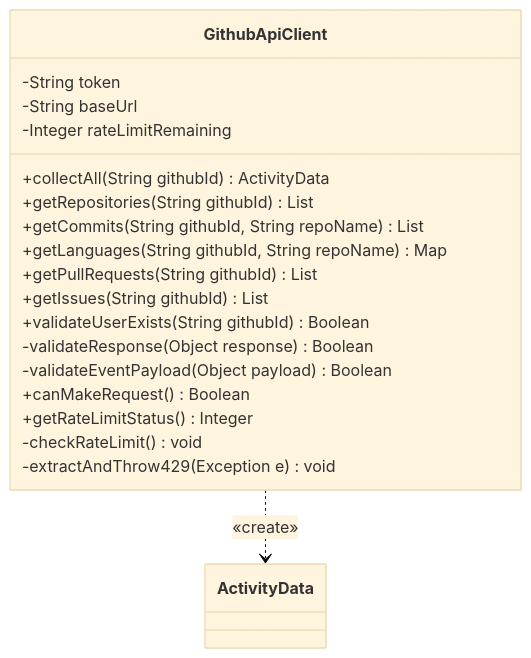
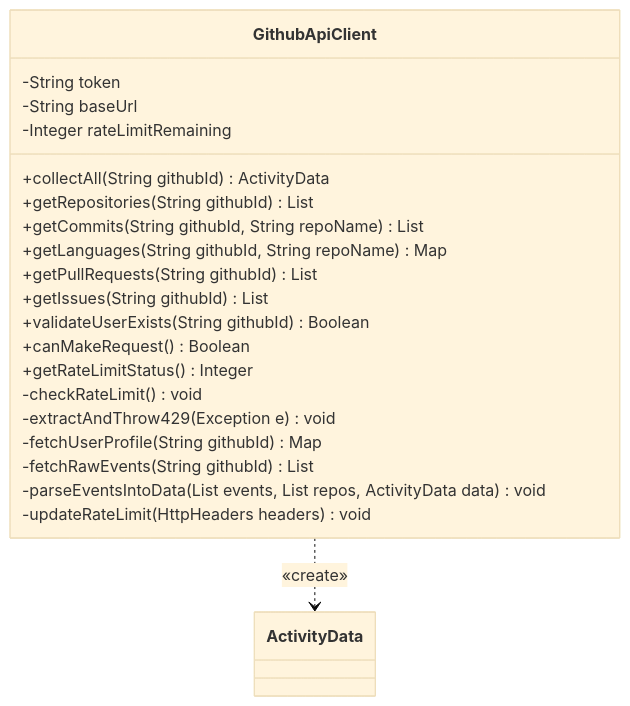
One commit to NotHyoone/OSS_Design changed the sixth of 15 diagrams in Design_[22212046_안효원].md. Above: the diagram before and after it, drawn with Mermaid (base theme). The commit also changed other lines of this file and 2 other files, not shown here.

Commit message:
docs: sync design spec with implemented classes and flows

````diff
--- a/Design_[22212046_안효원].md
+++ b/Design_[22212046_안효원].md
@@ -486,25 +503,27 @@
 ```mermaid
 classDiagram
     direction TB
 
     class GithubApiClient {
         -String token
         -String baseUrl
         -Integer rateLimitRemaining
         +collectAll(String githubId) ActivityData
         +getRepositories(String githubId) List
         +getCommits(String githubId, String repoName) List
         +getLanguages(String githubId, String repoName) Map
         +getPullRequests(String githubId) List
         +getIssues(String githubId) List
         +validateUserExists(String githubId) Boolean
-        -validateResponse(Object response) Boolean
-        -validateEventPayload(Object payload) Boolean
         +canMakeRequest() Boolean
         +getRateLimitStatus() Integer
         -checkRateLimit() void
         -extractAndThrow429(Exception e) void
+        -fetchUserProfile(String githubId) Map
+        -fetchRawEvents(String githubId) List
+        -parseEventsIntoData(List events, List repos, ActivityData data) void
+        -updateRateLimit(HttpHeaders headers) void
     }
 
     GithubApiClient ..> ActivityData : «create»
 ```
````
